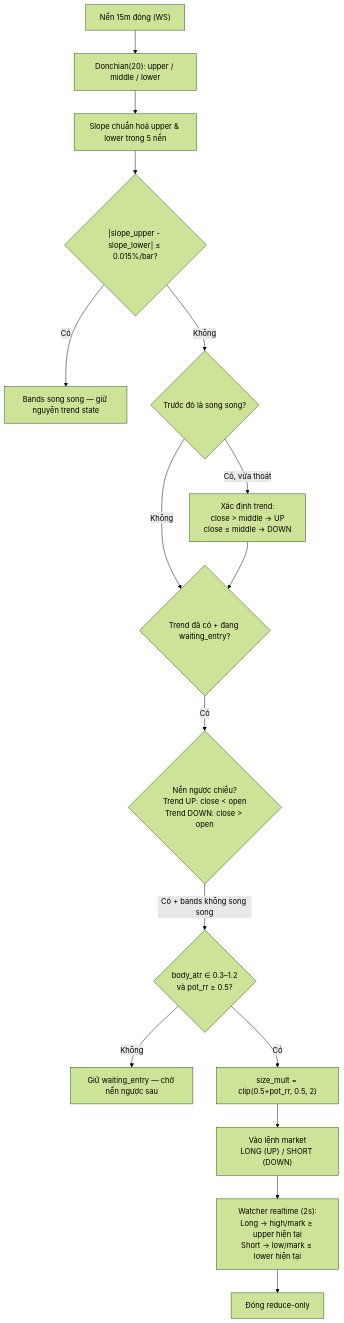
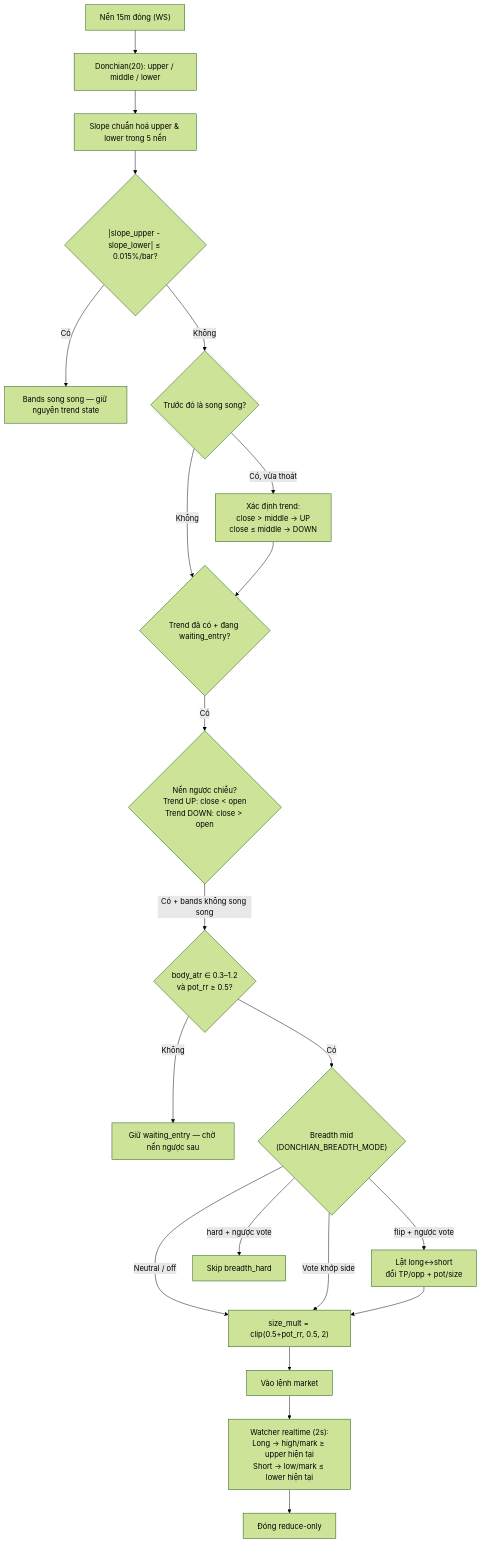
Before and after one commit to vnbees/ema-follow: the second of 3 diagrams in docs/BOT_LOGIC.md, drawn with Mermaid (forest theme). The commit also changed other lines of this file and 33 other files, not shown here.

````diff
--- a/docs/BOT_LOGIC.md
+++ b/docs/BOT_LOGIC.md
@@ -48,18 +48,23 @@
 ```mermaid
 flowchart TD
     kline["Nến 15m đóng (WS)"] --> dc["Donchian(20): upper / middle / lower"]
     dc --> slope["Slope chuẩn hoá upper & lower trong 5 nến"]
     slope --> parallel{"|slope_upper - slope_lower| ≤ 0.015%/bar?"}
     parallel -->|Có| wait["Bands song song — giữ nguyên trend state"]
     parallel -->|Không| exit_check{"Trước đó là song song?"}
     exit_check -->|Có, vừa thoát| trend["Xác định trend:\nclose > middle → UP\nclose ≤ middle → DOWN"]
     exit_check -->|Không| entry_check
     trend --> entry_check{"Trend đã có + đang waiting_entry?"}
     entry_check -->|Có| counter{"Nến ngược chiều?\nTrend UP: close < open\nTrend DOWN: close > open"}
     counter -->|Có + bands không song song| filt{"body_atr ∈ 0.3–1.2\nvà pot_rr ≥ 0.5?"}
     filt -->|Không| keepWait["Giữ waiting_entry — chờ nến ngược sau"]
-    filt -->|Có| size["size_mult = clip(0.5+pot_rr, 0.5, 2)"]
-    size --> open["Vào lệnh market\nLONG (UP) / SHORT (DOWN)"]
+    filt -->|Có| breadth{"Breadth mid\n(DONCHIAN_BREADTH_MODE)"}
+    breadth -->|Neutral / off| size["size_mult = clip(0.5+pot_rr, 0.5, 2)"]
+    breadth -->|Vote khớp side| size
+    breadth -->|flip + ngược vote| flip["Lật long↔short\nđổi TP/opp + pot/size"]
+    breadth -->|hard + ngược vote| skipB["Skip breadth_hard"]
+    flip --> size
+    size --> open["Vào lệnh market"]
     open --> tp["Watcher realtime (2s):\nLong → high/mark ≥ upper hiện tại\nShort → low/mark ≤ lower hiện tại"]
     tp --> close["Đóng reduce-only"]
 ```
````
